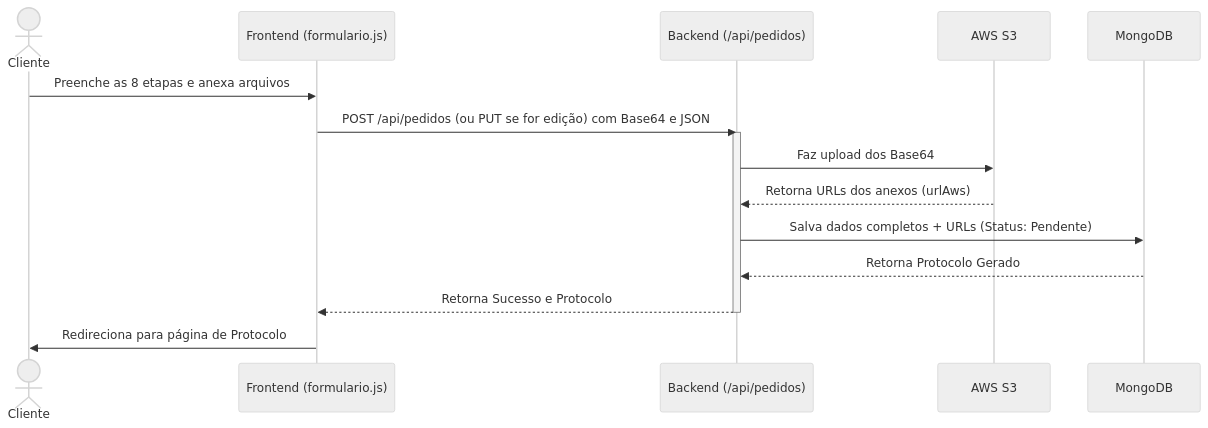
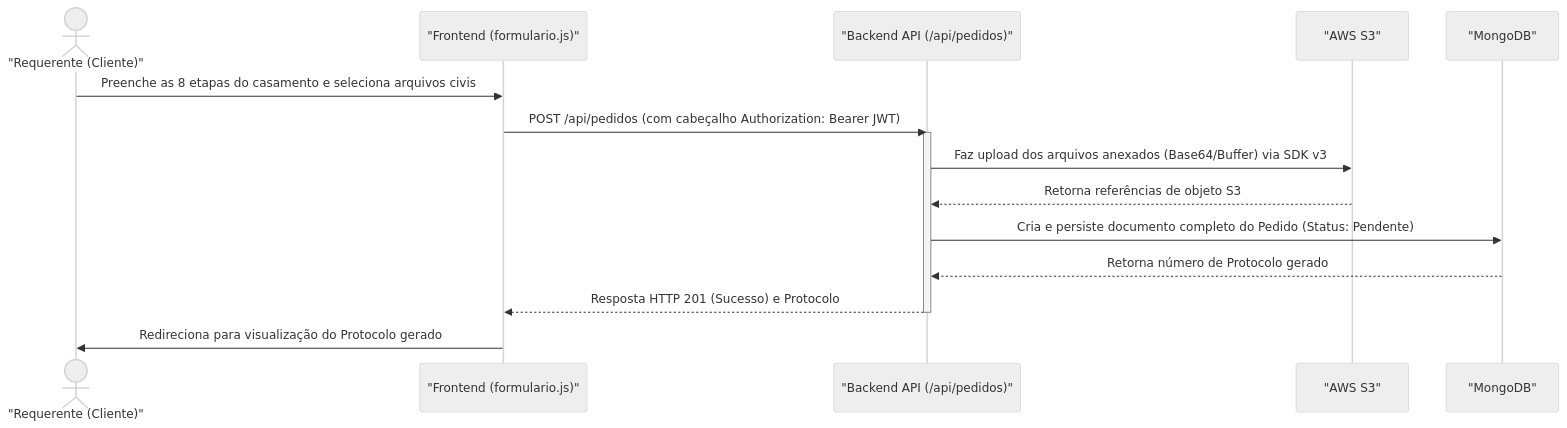
Before and after one commit to Bruno-LimaHG/SIGACRC: the second of 5 diagrams in documentacao_tecnica.md, drawn with Mermaid (neutral theme). The commit also changed other lines of this file and 15 other files, not shown here.

````diff
--- a/documentacao_tecnica.md
+++ b/documentacao_tecnica.md
@@ -53,19 +84,19 @@
 ```mermaid
 sequenceDiagram
-    actor Cliente
-    participant JS as Frontend (formulario.js)
-    participant API as Backend (/api/pedidos)
-    participant S3 as AWS S3
-    participant DB as MongoDB
+    actor Cliente as "Requerente (Cliente)"
+    participant JS as "Frontend (formulario.js)"
+    participant API as "Backend API (/api/pedidos)"
+    participant S3 as "AWS S3"
+    participant DB as "MongoDB"
 
-    Cliente->>JS: Preenche as 8 etapas e anexa arquivos
-    JS->>API: POST /api/pedidos (ou PUT se for edição) com Base64 e JSON
+    Cliente->>JS: Preenche as 8 etapas do casamento e seleciona arquivos civis
+    JS->>API: POST /api/pedidos (com cabeçalho Authorization: Bearer JWT)
     activate API
-    API->>S3: Faz upload dos Base64
-    S3-->>API: Retorna URLs dos anexos (urlAws)
-    API->>DB: Salva dados completos + URLs (Status: Pendente)
-    DB-->>API: Retorna Protocolo Gerado
-    API-->>JS: Retorna Sucesso e Protocolo
+    API->>S3: Faz upload dos arquivos anexados (Base64/Buffer) via SDK v3
+    S3-->>API: Retorna referências de objeto S3
+    API->>DB: Cria e persiste documento completo do Pedido (Status: Pendente)
+    DB-->>API: Retorna número de Protocolo gerado
+    API-->>JS: Resposta HTTP 201 (Sucesso) e Protocolo
     deactivate API
-    JS->>Cliente: Redireciona para página de Protocolo
+    JS->>Cliente: Redireciona para visualização do Protocolo gerado
 ```
````
